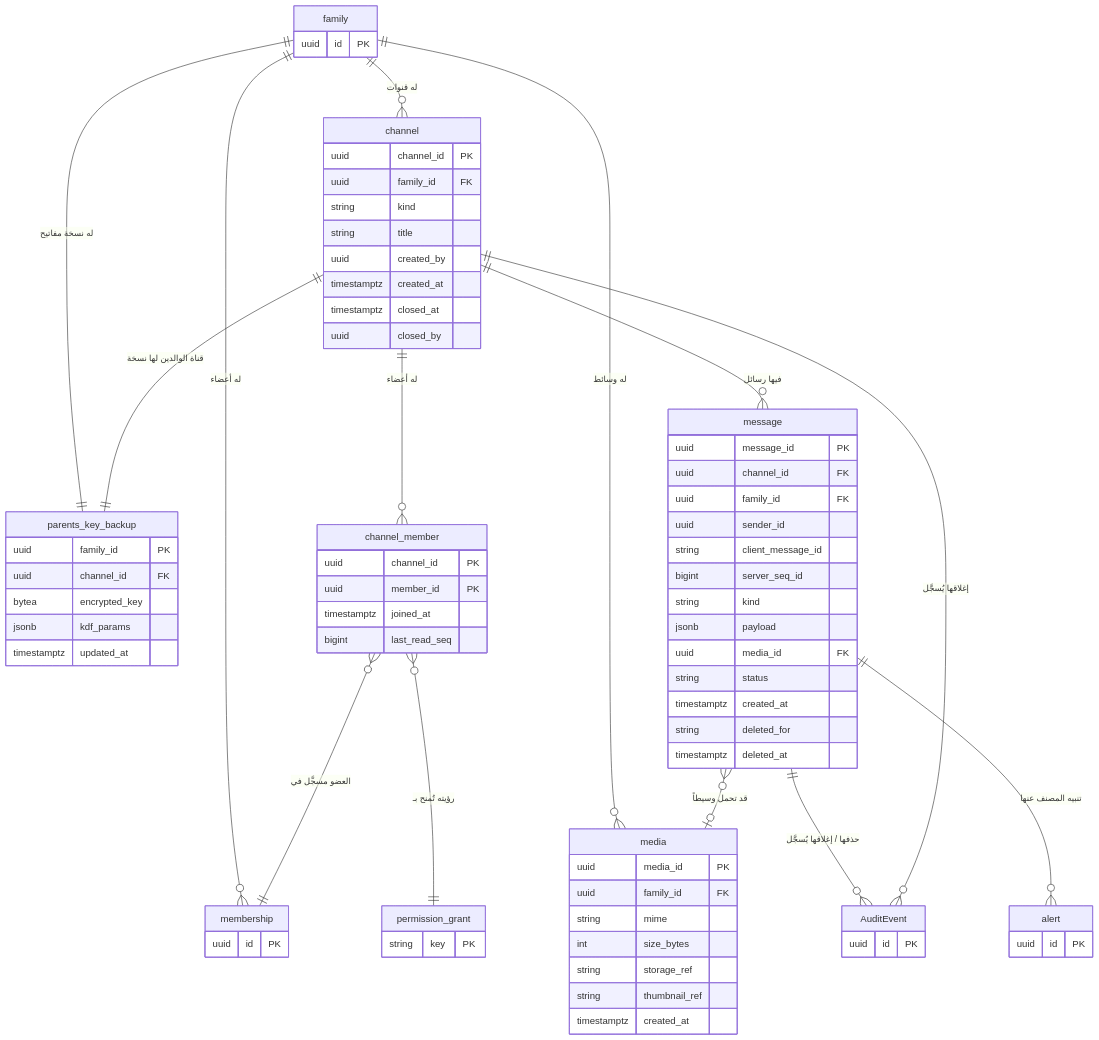
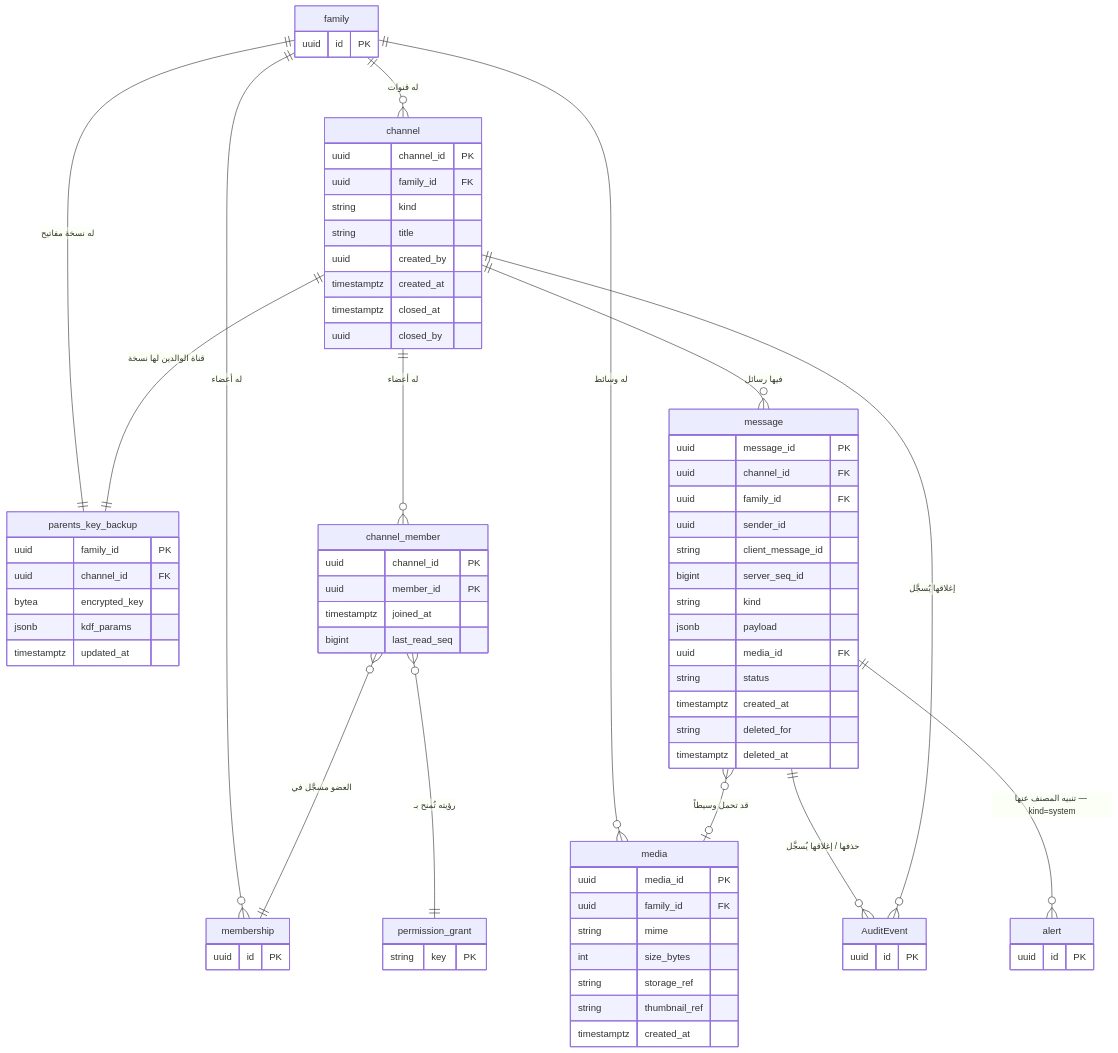
Before and after one commit to Bassam-mohammed-alqaeadi/family-os-v2: the second of 10 diagrams in docs/family-os/governance/phases/phase-1/S1-08-chat-basic/DIAGRAMS.md, drawn with Mermaid. The commit also changed other lines of this file and 34 other files, not shown here.

````diff
--- a/docs/family-os/governance/phases/phase-1/S1-08-chat-basic/DIAGRAMS.md
+++ b/docs/family-os/governance/phases/phase-1/S1-08-chat-basic/DIAGRAMS.md
@@ -92,79 +93,79 @@
 ```mermaid
 erDiagram
     family ||--o{ channel : "له قنوات"
     family ||--o{ media : "له وسائط"
     family ||--|| parents_key_backup : "له نسخة مفاتيح"
     family ||--o{ membership : "له أعضاء"
     channel ||--o{ channel_member : "له أعضاء"
     channel ||--o{ message : "فيها رسائل"
     channel ||--|| parents_key_backup : "قناة الوالدين لها نسخة"
     channel_member }o--|| membership : "العضو مسجَّل في"
     message }o--o| media : "قد تحمل وسيطاً"
     message ||--o{ AuditEvent : "حذفها / إغلاقها يُسجَّل"
     channel ||--o{ AuditEvent : "إغلاقها يُسجَّل"
     channel_member }o--|| permission_grant : "رؤيته تُمنح بـ"
-    message ||--o{ alert : "تنبيه المصنف عنها"
+    message ||--o{ alert : "تنبيه المصنف عنها — kind=system"
 
     channel {
         uuid channel_id PK
         uuid family_id FK
         string kind
         string title
         uuid created_by
         timestamptz created_at
         timestamptz closed_at
         uuid closed_by
     }
     channel_member {
         uuid channel_id PK
         uuid member_id PK
         timestamptz joined_at
         bigint last_read_seq
     }
     message {
         uuid message_id PK
         uuid channel_id FK
         uuid family_id FK
         uuid sender_id
         string client_message_id
         bigint server_seq_id
         string kind
         jsonb payload
         uuid media_id FK
         string status
         timestamptz created_at
         string deleted_for
         timestamptz deleted_at
     }
     media {
         uuid media_id PK
         uuid family_id FK
         string mime
         int size_bytes
         string storage_ref
         string thumbnail_ref
         timestamptz created_at
     }
     parents_key_backup {
         uuid family_id PK
         uuid channel_id FK
         bytea encrypted_key
         jsonb kdf_params
         timestamptz updated_at
     }
     family {
         uuid id PK
     }
     membership {
         uuid id PK
     }
     permission_grant {
         string key PK
     }
     alert {
         uuid id PK
     }
     AuditEvent {
         uuid id PK
     }
 ```
````
